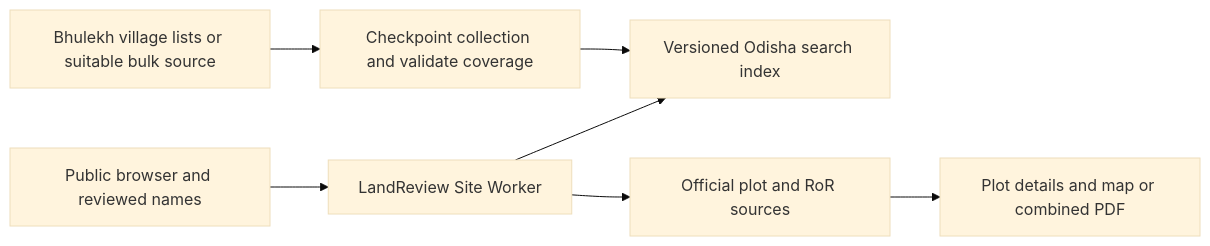
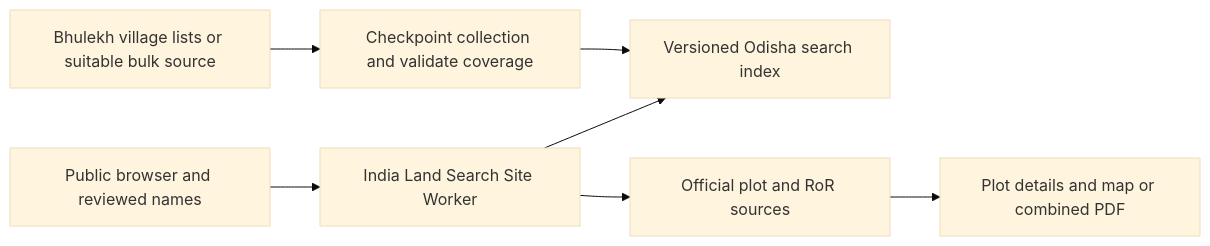
Before and after one commit to SuryaNJena/india-land-search: the diagram in docs/TRD.md, drawn with Mermaid (base theme). The commit also changed other lines of this file and 70 other files, not shown here.

````diff
--- a/docs/TRD.md
+++ b/docs/TRD.md
@@ -14,9 +14,9 @@
 ```mermaid
 flowchart LR
     Source[Bhulekh village lists or suitable bulk source] --> Import[Checkpoint collection and validate coverage]
     Import --> Index[Versioned Odisha search index]
-    Browser[Public browser and reviewed names] --> Site[LandReview Site Worker]
+    Browser[Public browser and reviewed names] --> Site[India Land Search Site Worker]
     Site --> Index
     Site --> Detail[Official plot and RoR sources]
     Detail --> Output[Plot details and map or combined PDF]
 ```
````
